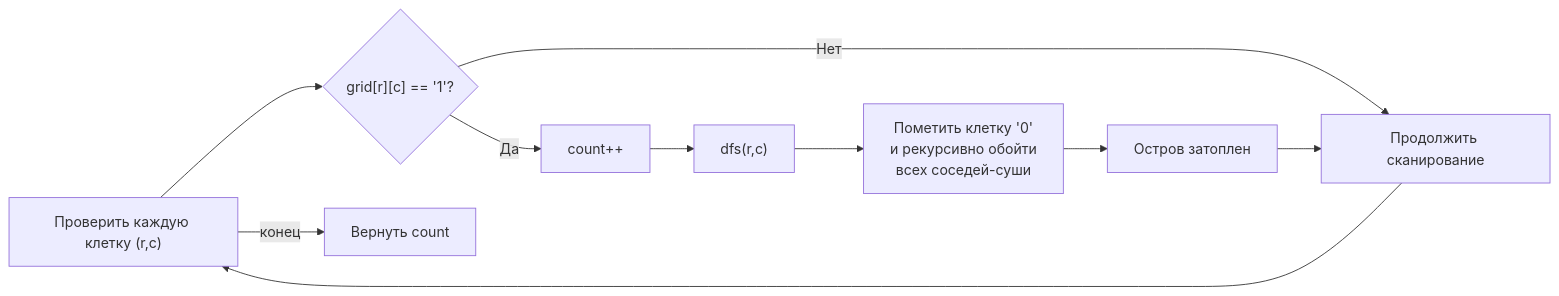
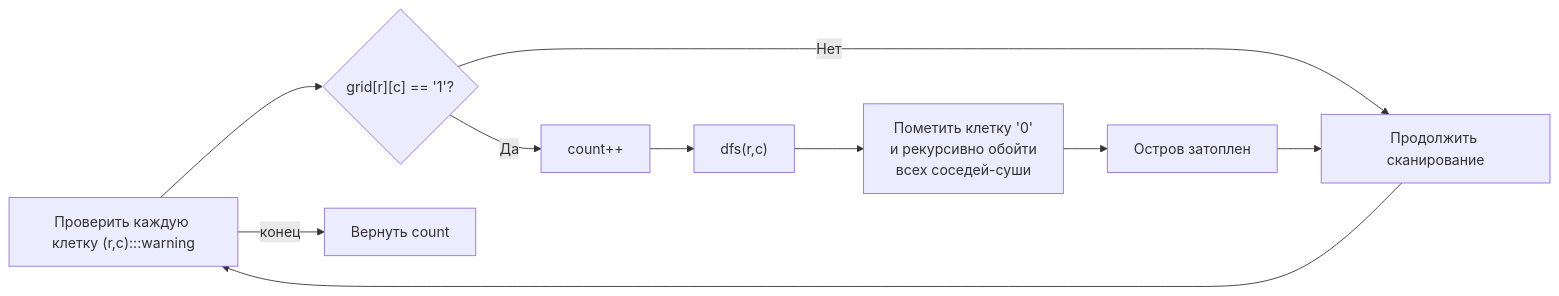
The diagram in sources/21. Задачи с LeetCode и собеседований на Go/02. Задачи/11. Поиск в глубину DFS/3. Number of Islands.md (UnrealTemplier/go-textbook), drawn with Mermaid before and after one commit. The commit also changed 1666 other files, not shown here.

First line of the commit message:
feat(mermaid): add semantic color classDef to 1369 colorless flowchart/graph diagrams

````diff
--- a/sources/21. Задачи с LeetCode и собеседований на Go/02. Задачи/11. Поиск в глубину DFS/3. Number of Islands.md
+++ b/sources/21. Задачи с LeetCode и собеседований на Go/02. Задачи/11. Поиск в глубину DFS/3. Number of Islands.md
@@ -71,12 +71,22 @@
 ```mermaid
 flowchart LR
-    A["Проверить каждую клетку (r,c)"] --> B{"grid[r][c] == '1'?"}
+    classDef process  fill:#1e293b,stroke:#38bdf8,stroke-width:1px,color:#f8fafc
+    classDef success  fill:#064e3b,stroke:#34d399,stroke-width:1px,color:#f8fafc
+    classDef error    fill:#7f1d1d,stroke:#f87171,stroke-width:1px,color:#f8fafc
+    classDef warning  fill:#78350f,stroke:#fbbf24,stroke-width:1px,color:#f8fafc
+    classDef entry    fill:#1e3a5f,stroke:#38bdf8,stroke-width:2px,color:#f8fafc
+    classDef aux      fill:#334155,stroke:#64748b,stroke-width:1px,color:#f8fafc
+    classDef system   fill:#312e81,stroke:#a78bfa,stroke-width:1px,color:#f8fafc
+    classDef data     fill:#132d29,stroke:#2dd4bf,stroke-width:1px,color:#f8fafc
+    classDef network  fill:#881337,stroke:#fb7185,stroke-width:1px,color:#f8fafc
+    classDef accent   fill:#1e1b4b,stroke:#818cf8,stroke-width:1px,color:#f8fafc
+    A["Проверить каждую клетку (r,c):::warning"] --> B{"grid[r][c] == '1'?"}
     B -->|"Да"| C["count++"]
     C --> D["dfs(r,c)"]
     D --> E["Пометить клетку '0'<br>и рекурсивно обойти<br>всех соседей-суши"]
     E --> F["Остров затоплен"]
     B -->|"Нет"| G["Продолжить сканирование"]
     F --> G
     G --> A
     A -->|"конец"| H["Вернуть count"]
 ```
````
